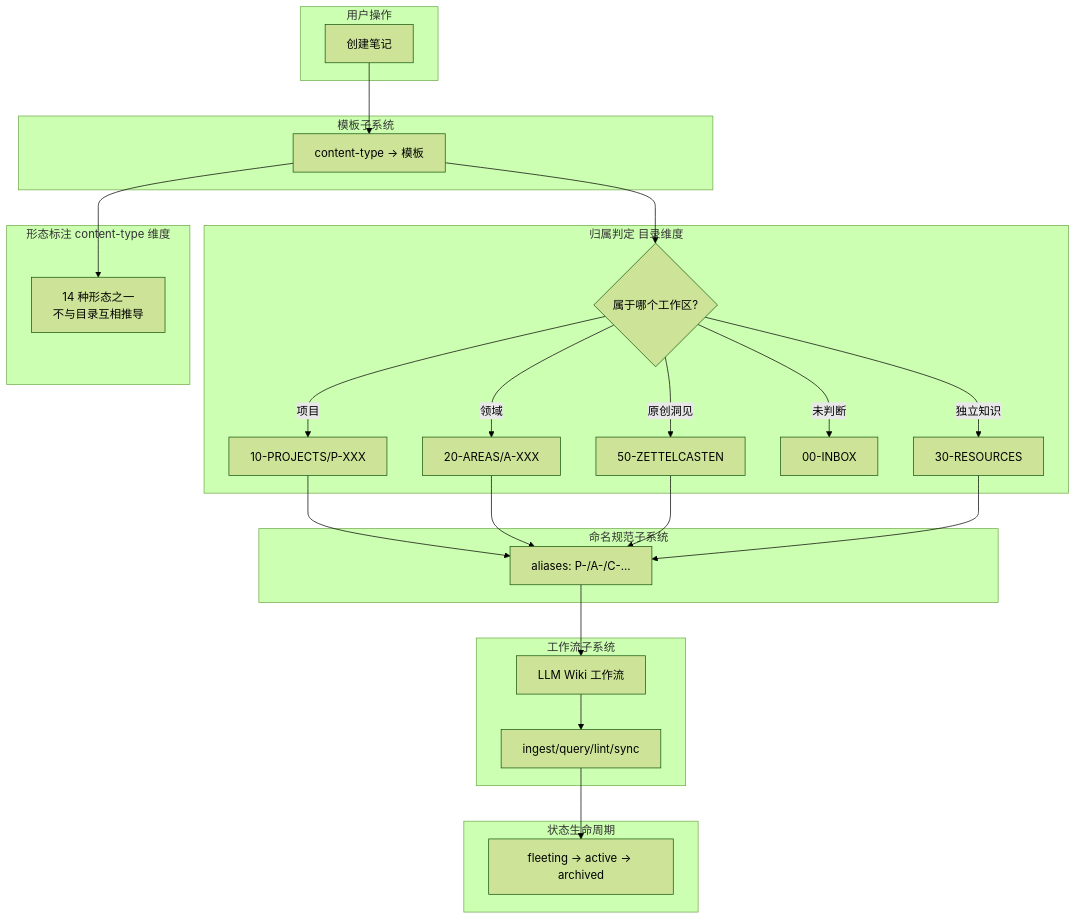
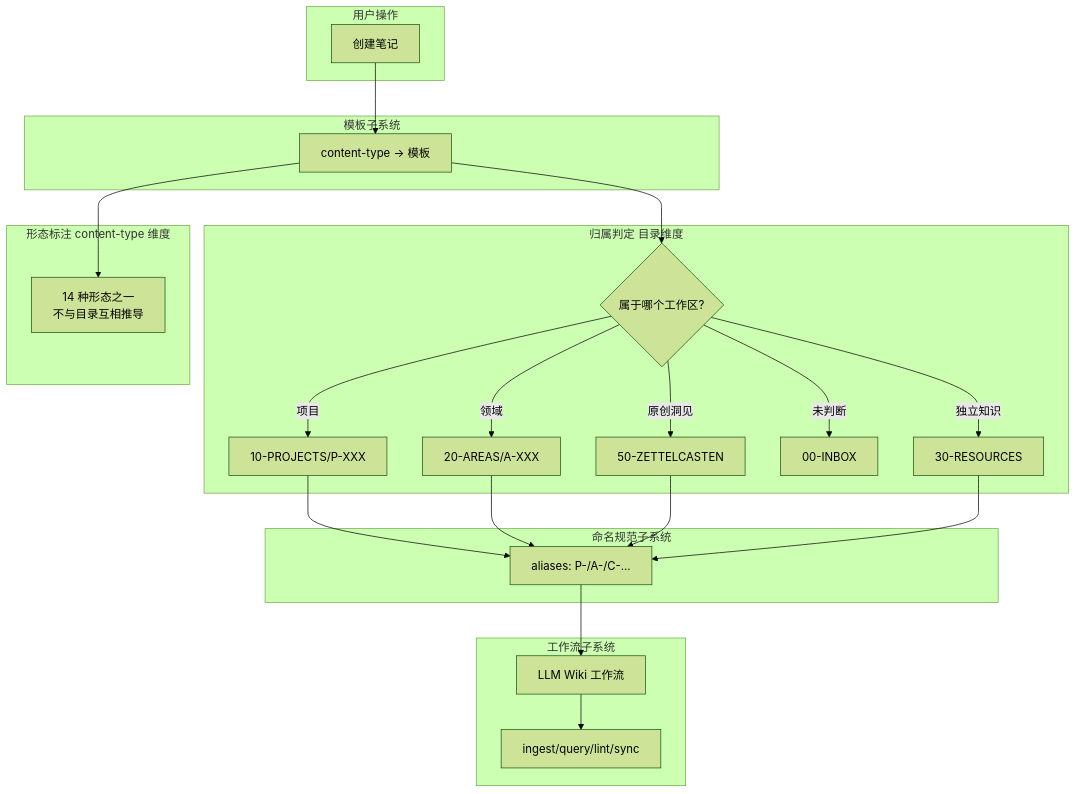
The diagram in content/01-META/Guide/本库子系统概述.md (pedyc/dg.pedyc), drawn with Mermaid (forest theme) before and after one commit. The commit also changed other lines of this file and 77 other files, not shown here.

````diff
--- a/content/01-META/Guide/本库子系统概述.md
+++ b/content/01-META/Guide/本库子系统概述.md
@@ -55,39 +54,36 @@
 ```mermaid
 flowchart TD
     subgraph 用户操作
     A[创建笔记]
     end
 
     subgraph 模板子系统
     A --> B[content-type → 模板]
     end
 
     subgraph 归属判定 目录维度
     B --> C{属于哪个工作区?}
     C -->|项目| D[10-PROJECTS/P-XXX]
     C -->|领域| D2[20-AREAS/A-XXX]
     C -->|原创洞见| H[50-ZETTELCASTEN]
     C -->|未判断| IN[00-INBOX]
     C -->|独立知识| E[30-RESOURCES]
     end
 
     subgraph 形态标注 content-type 维度
     B --> T[14 种形态之一<br/>不与目录互相推导]
     end
 
     subgraph 命名规范子系统
     D --> F[aliases: P-/A-/C-...]
     D2 --> F
     H --> F
     E --> F
     end
 
     subgraph 工作流子系统
     F --> J[LLM Wiki 工作流]
     J --> K[ingest/query/lint/sync]
     end
 
-    subgraph 状态生命周期
-    K --> L[fleeting → active → archived]
-    end
 ```
````
